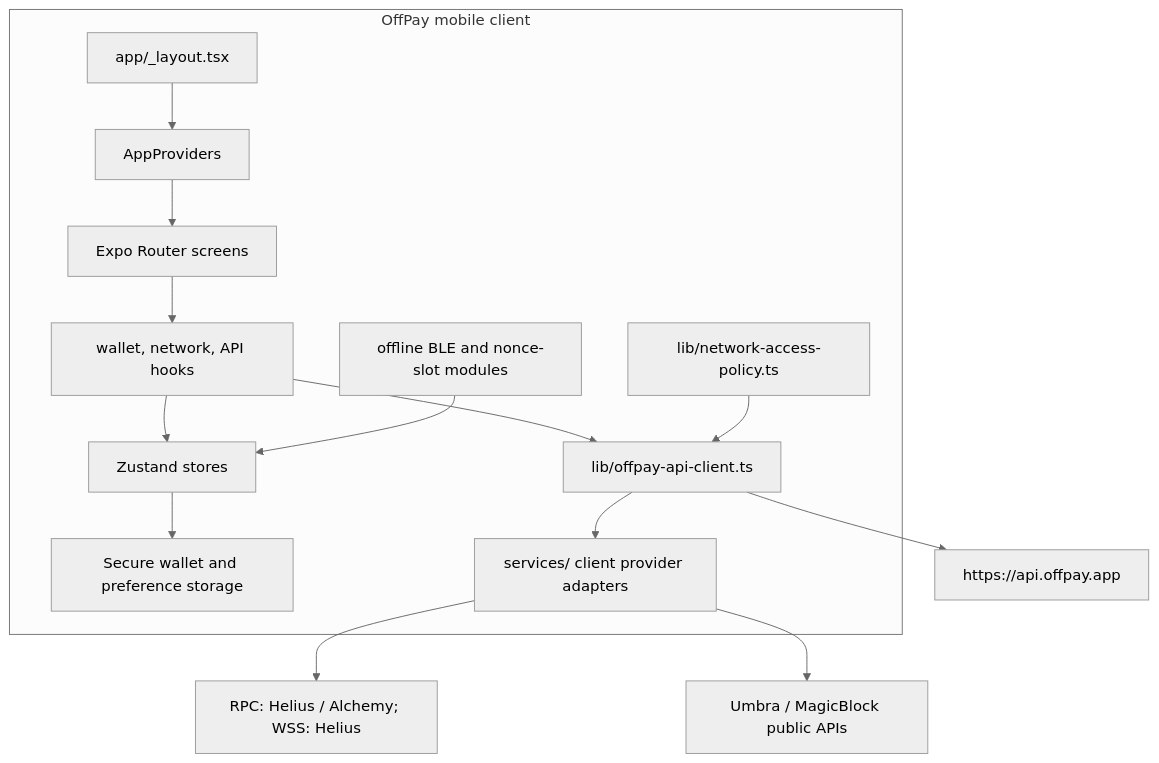
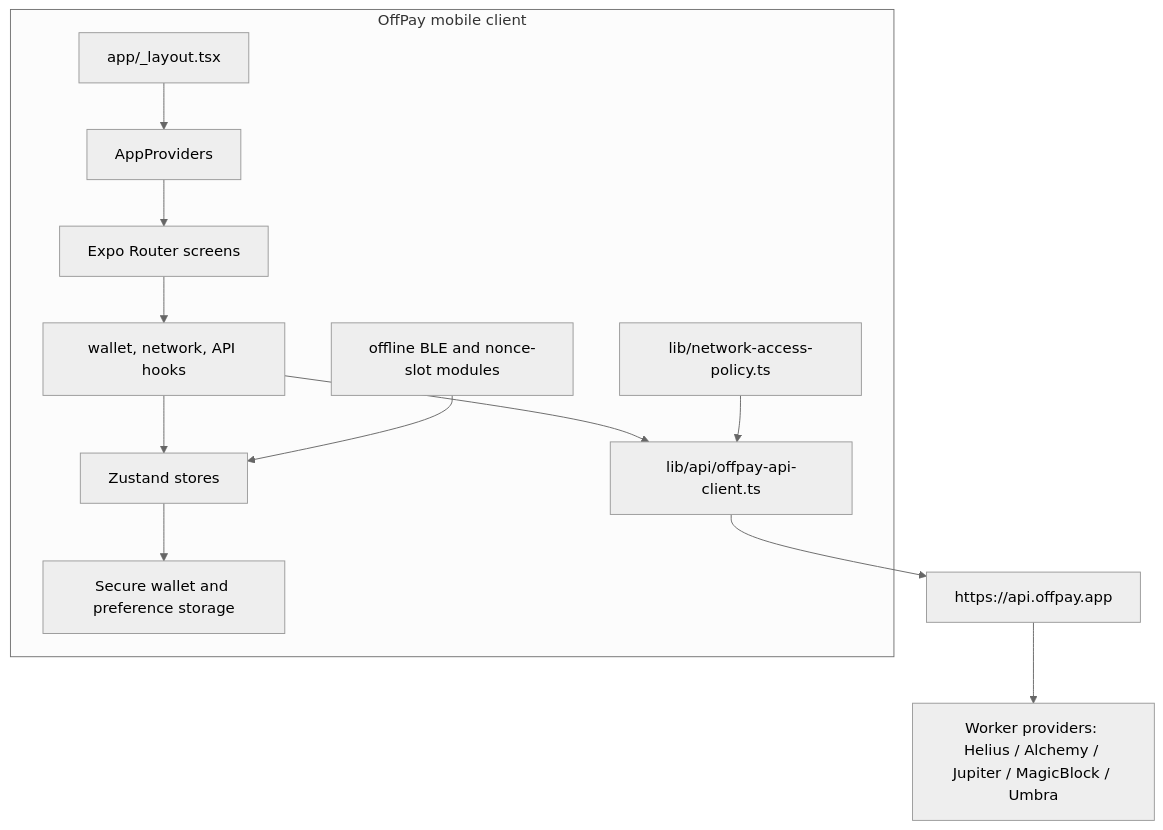
Before and after one commit to OffPay-Wallet/OffPay: the diagram in README.md, drawn with Mermaid (neutral theme). The commit also changed other lines of this file and 70 other files, not shown here.

First line of the commit message:
feat: centralize OffPay provider APIs in worker

````diff
--- a/README.md
+++ b/README.md
@@ -25,32 +25,28 @@
 ```mermaid
 flowchart TB
   subgraph Device["OffPay mobile client"]
     Layout["app/_layout.tsx"]
     Providers["AppProviders"]
     Stores["Zustand stores"]
     Hooks["wallet, network, API hooks"]
     Screens["Expo Router screens"]
     SecureStore["Secure wallet and preference storage"]
-    ApiClient["lib/offpay-api-client.ts"]
-    ClientBackend["services/ client provider adapters"]
+    ApiClient["lib/api/offpay-api-client.ts"]
     OfflineGuard["lib/network-access-policy.ts"]
     BleOffline["offline BLE and nonce-slot modules"]
   end
 
   Backend["https://api.offpay.app"]
-  ProvidersRpc["RPC: Helius / Alchemy; WSS: Helius"]
-  PublicServices["Umbra / MagicBlock public APIs"]
+  ProvidersRpc["Worker providers: Helius / Alchemy / Jupiter / MagicBlock / Umbra"]
 
   Layout --> Providers
   Providers --> Screens
   Screens --> Hooks
   Hooks --> Stores
   Stores --> SecureStore
   Hooks --> ApiClient
-  ApiClient --> ClientBackend
   OfflineGuard --> ApiClient
   BleOffline --> Stores
-  ClientBackend --> ProvidersRpc
-  ClientBackend --> PublicServices
   ApiClient --> Backend
+  Backend --> ProvidersRpc
 ```
````
